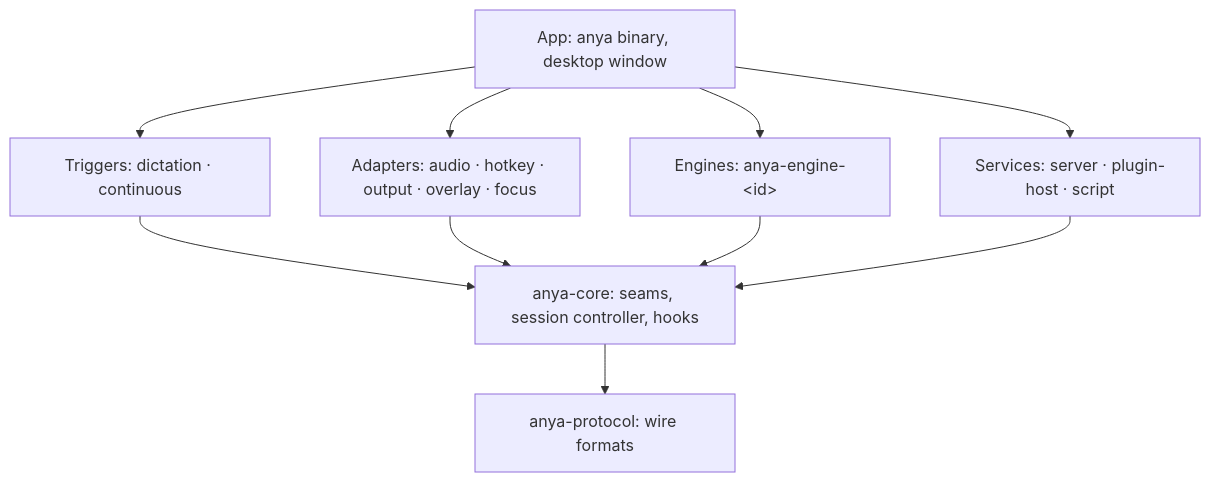
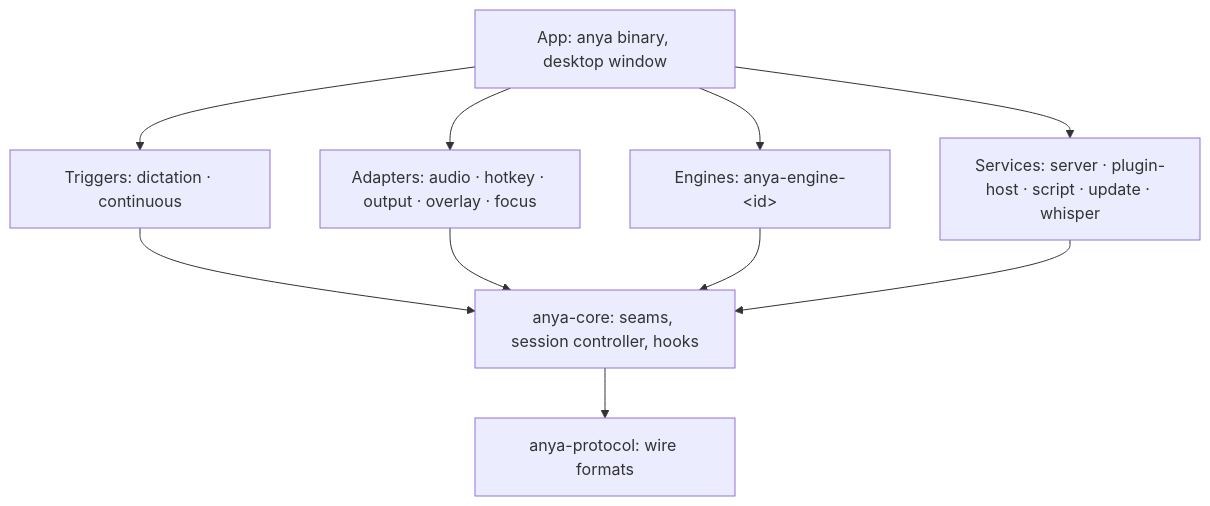
One commit to wakaka6/anya changed the diagram in README.en.md. Above: the diagram before and after it, drawn with Mermaid. The commit also changed other lines of this file and 31 other files, not shown here.

First line of the commit message:
whisper: Anya can run whisper-server and download its models

````diff
--- a/README.en.md
+++ b/README.en.md
@@ -126,12 +135,12 @@
 ```mermaid
 flowchart TB
   App["App: anya binary, desktop window"]
   Trigger["Triggers: dictation · continuous"]
   Adapter["Adapters: audio · hotkey · output · overlay · focus"]
   Engine["Engines: anya-engine-&lt;id&gt;"]
-  Service["Services: server · plugin-host · script"]
+  Service["Services: server · plugin-host · script · update · whisper"]
   Core["anya-core: seams, session controller, hooks"]
   Protocol["anya-protocol: wire formats"]
   App --> Trigger & Adapter & Engine & Service
   Trigger & Adapter & Engine & Service --> Core --> Protocol
 ```
````
